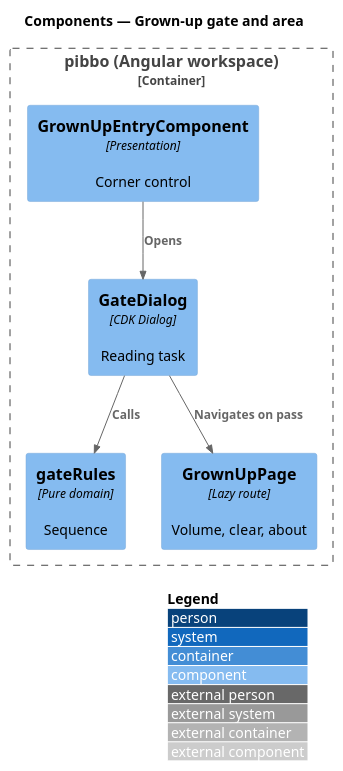
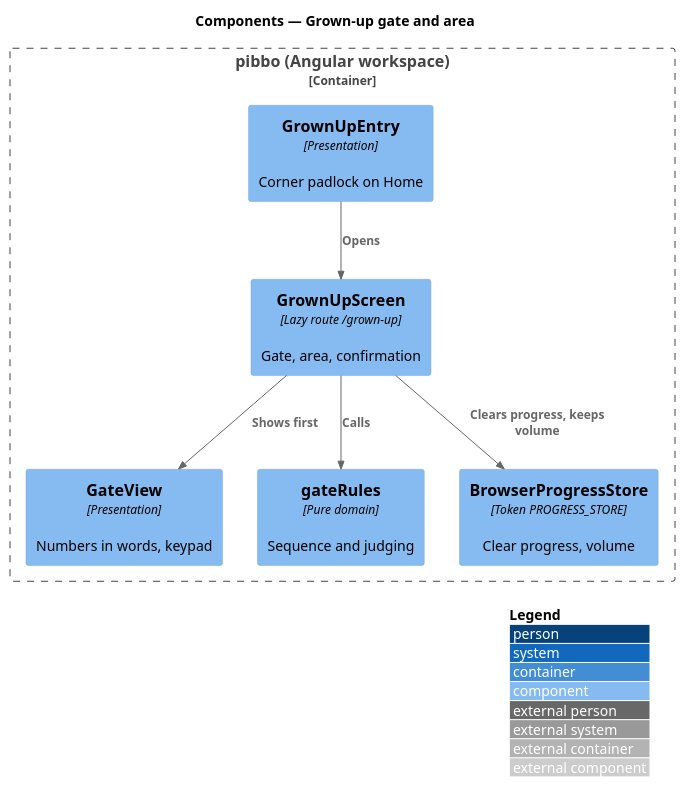
One commit to QuinntyneBrown/pibbo changed the diagram in docs/detailed-designs/grown-up/grown-up-gate/diagrams/c4-component.puml. Above: the diagram before and after it, drawn with PlantUML. The commit also changed 35 other files, not shown here.

First line of the commit message:
Make the gate and the Clear progress confirmation steps of one grown-up screen, not CDK dialogs: the CDK grew the initial bundle past its budget (mocks, design system, L2-037, ADR 0028, design)

```diff
--- a/docs/detailed-designs/grown-up/grown-up-gate/diagrams/c4-component.puml
+++ b/docs/detailed-designs/grown-up/grown-up-gate/diagrams/c4-component.puml
@@ -1,14 +1,16 @@
 @startuml
 !include <C4/C4_Component>
 LAYOUT_WITH_LEGEND()
 title Components — Grown-up gate and area
 Container_Boundary(b, "pibbo (Angular workspace)") {
-  Component(entry, "GrownUpEntryComponent", "Presentation", "Corner control")
-  Component(gate, "GateDialog", "CDK Dialog", "Reading task")
-  Component(rules, "gateRules", "Pure domain", "Sequence")
-  Component(ga, "GrownUpPage", "Lazy route", "Volume, clear, about")
+  Component(entry, "GrownUpEntry", "Presentation", "Corner padlock on Home")
+  Component(screen, "GrownUpScreen", "Lazy route /grown-up", "Gate, area, confirmation")
+  Component(gate, "GateView", "Presentation", "Numbers in words, keypad")
+  Component(rules, "gateRules", "Pure domain", "Sequence and judging")
+  Component(store, "BrowserProgressStore", "Token PROGRESS_STORE", "Clear progress, volume")
 }
-Rel(entry, gate, "Opens")
-Rel(gate, rules, "Calls")
-Rel(gate, ga, "Navigates on pass")
+Rel(entry, screen, "Opens")
+Rel(screen, gate, "Shows first")
+Rel(screen, rules, "Calls")
+Rel(screen, store, "Clears progress, keeps volume")
 @enduml
```
